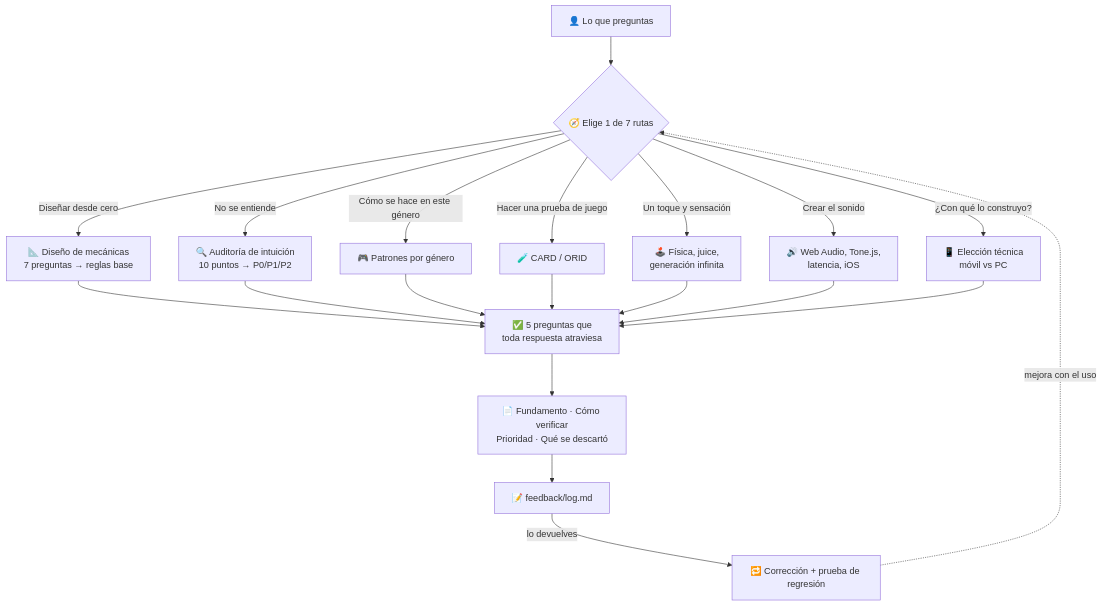
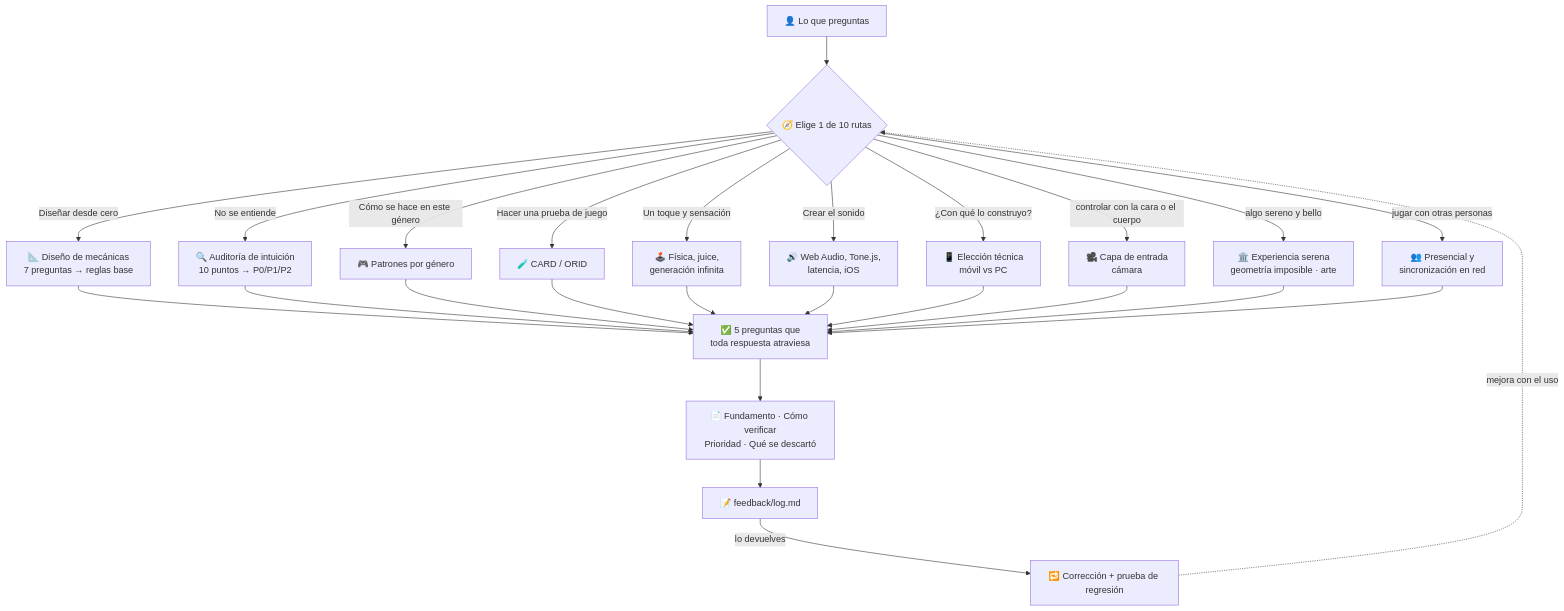
Before and after one commit to takaoumehara/intuitive-game-design-skill: the diagram in README.es.md, drawn with Mermaid. The commit also changed other lines of this file and 24 other files, not shown here.

````diff
--- a/README.es.md
+++ b/README.es.md
@@ -24,18 +24,21 @@
 ```mermaid
 flowchart TD
-    U["👤 Lo que preguntas"] --> R{"🧭 Elige 1 de 7 rutas"}
+    U["👤 Lo que preguntas"] --> R{"🧭 Elige 1 de 10 rutas"}
 
     R -->|"Diseñar desde cero"| A["📐 Diseño de mecánicas<br/>7 preguntas → reglas base"]
     R -->|"No se entiende"| B["🔍 Auditoría de intuición<br/>10 puntos → P0/P1/P2"]
     R -->|"Cómo se hace en este género"| C["🎮 Patrones por género"]
     R -->|"Hacer una prueba de juego"| D["🧪 CARD / ORID"]
     R -->|"Un toque y sensación"| E["🕹️ Física, juice,<br/>generación infinita"]
     R -->|"Crear el sonido"| F["🔊 Web Audio, Tone.js,<br/>latencia, iOS"]
     R -->|"¿Con qué lo construyo?"| G["📱 Elección técnica<br/>móvil vs PC"]
+    R -->|"controlar con la cara o el cuerpo"| H["🎥 Capa de entrada<br/>cámara"]
+    R -->|"algo sereno y bello"| I["🏛️ Experiencia serena<br/>geometría imposible · arte"]
+    R -->|"jugar con otras personas"| J["👥 Presencial y<br/>sincronización en red"]
 
-    A & B & C & D & E & F & G --> Q["✅ 5 preguntas que<br/>toda respuesta atraviesa"]
+    A & B & C & D & E & F & G & H & I & J --> Q["✅ 5 preguntas que<br/>toda respuesta atraviesa"]
     Q --> O["📄 Fundamento · Cómo verificar<br/>Prioridad · Qué se descartó"]
     O --> L["📝 feedback/log.md"]
     L -->|"lo devuelves"| FIX["🔁 Corrección + prueba de regresión"]
     FIX -.->|"mejora con el uso"| R
 ```
````
